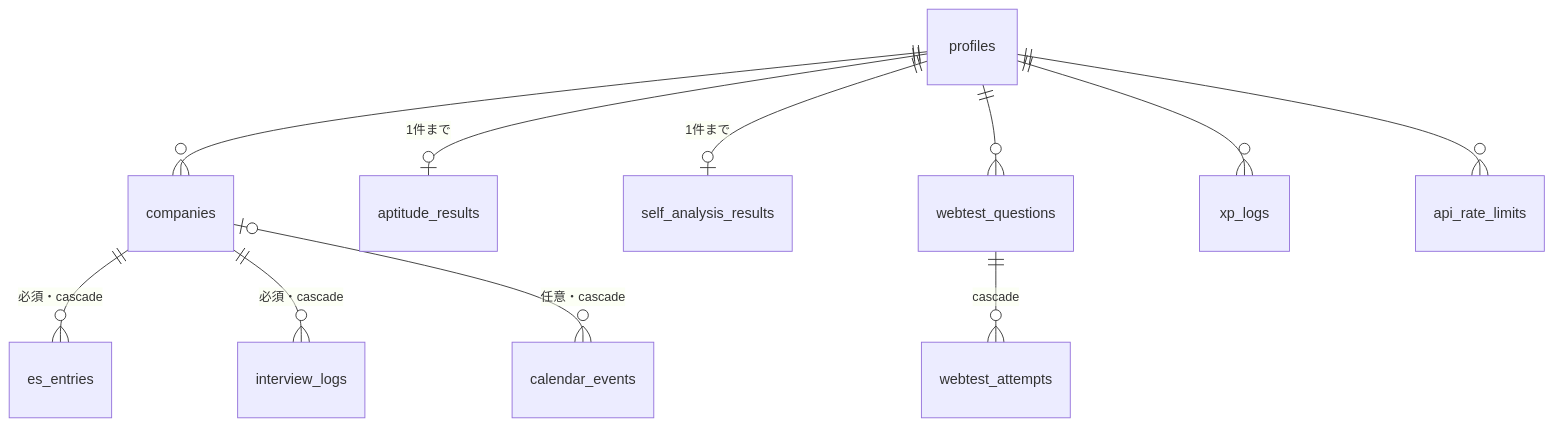
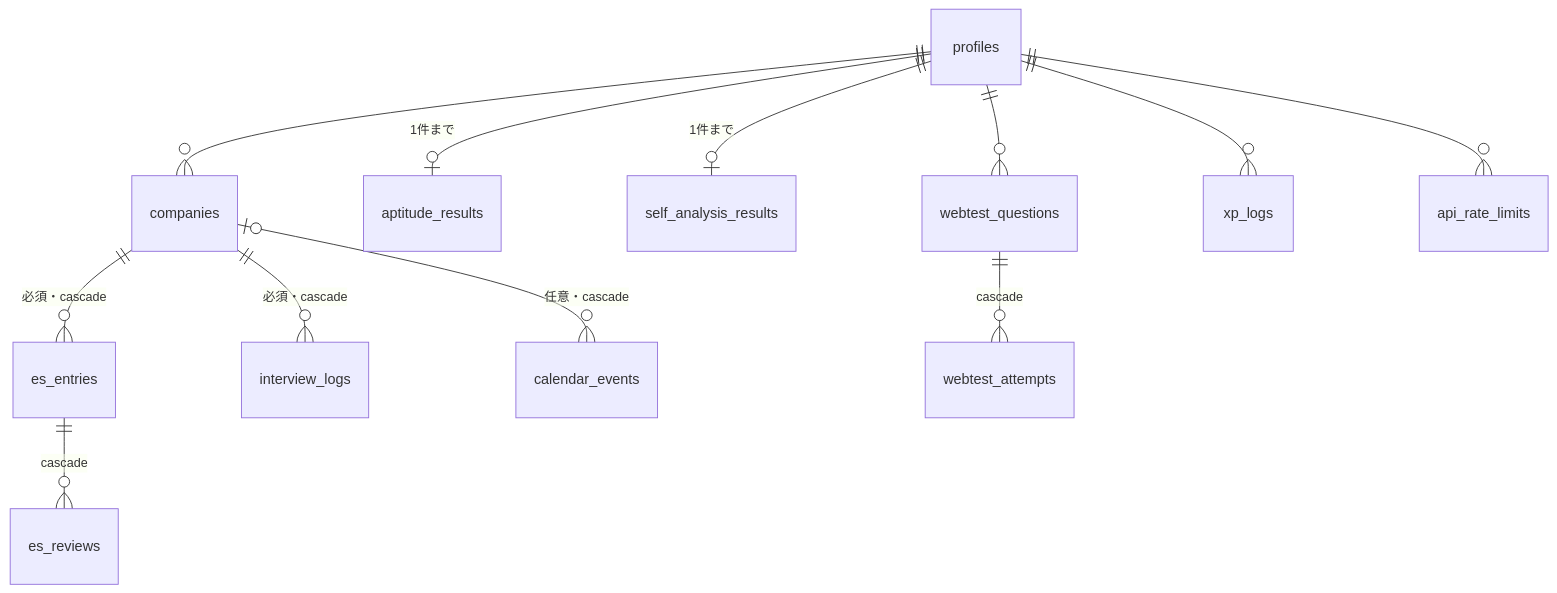
One commit to Yamada040/job_hunting_copilot changed the diagram in docs/database-schema.md. Above: the diagram before and after it, drawn with Mermaid. The commit also changed other lines of this file and 43 other files, not shown here.

````diff
--- a/docs/database-schema.md
+++ b/docs/database-schema.md
@@ -17,13 +17,14 @@
 ```mermaid
 erDiagram
     profiles ||--o{ companies : ""
     profiles ||--o| aptitude_results : "1件まで"
     profiles ||--o| self_analysis_results : "1件まで"
     profiles ||--o{ webtest_questions : ""
     profiles ||--o{ xp_logs : ""
     profiles ||--o{ api_rate_limits : ""
     companies ||--o{ es_entries : "必須・cascade"
+    es_entries ||--o{ es_reviews : "cascade"
     companies ||--o{ interview_logs : "必須・cascade"
     companies |o--o{ calendar_events : "任意・cascade"
     webtest_questions ||--o{ webtest_attempts : "cascade"
 ```
````
